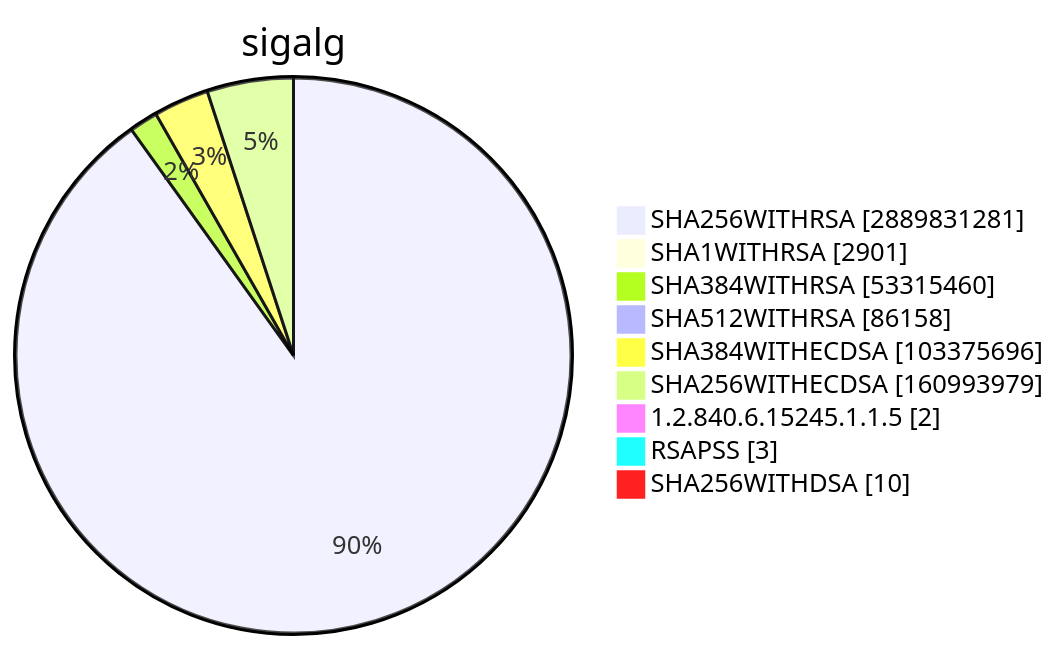
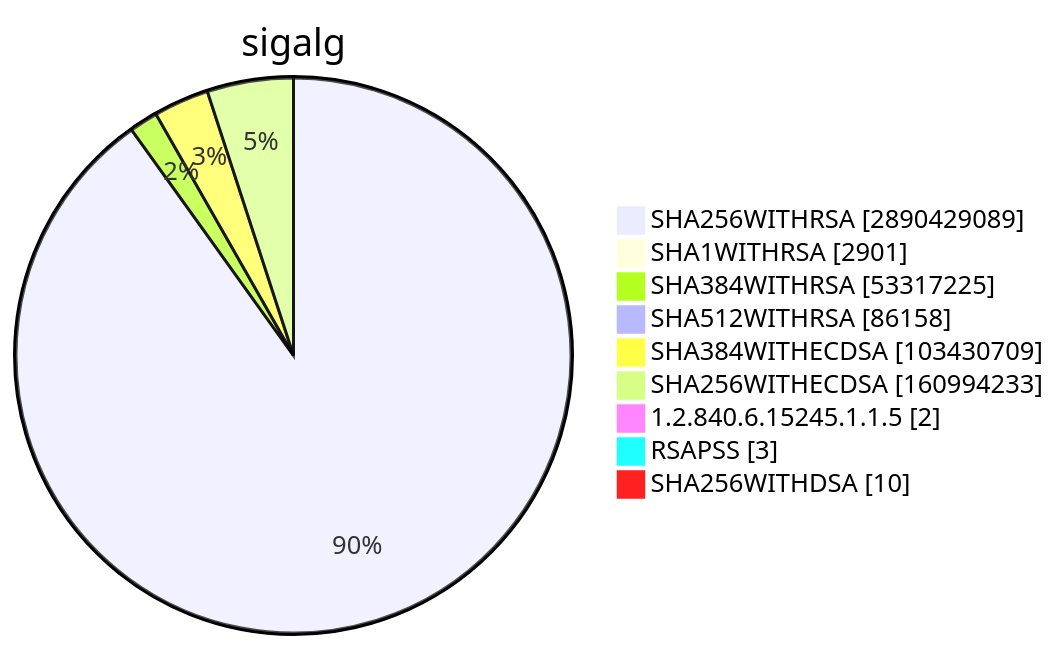
Diagram 15 of 15 in TOTAL/README.md (christiankrug/ctmonitor_visualization), drawn with Mermaid before and after one commit. The commit also changed other lines of this file, not shown here.

````diff
--- a/TOTAL/README.md
+++ b/TOTAL/README.md
@@ -6207,13 +6207,13 @@
 ```mermaid
 pie showData
 title sigalg
-"SHA256WITHRSA" :2889831281
+"SHA256WITHRSA" :2890429089
 "SHA1WITHRSA" :2901
-"SHA384WITHRSA" :53315460
+"SHA384WITHRSA" :53317225
 "SHA512WITHRSA" :86158
-"SHA384WITHECDSA" :103375696
-"SHA256WITHECDSA" :160993979
+"SHA384WITHECDSA" :103430709
+"SHA256WITHECDSA" :160994233
 "1.2.840.6.15245.1.1.5" :2
 "RSAPSS" :3
 "SHA256WITHDSA" :10
 ```
````
